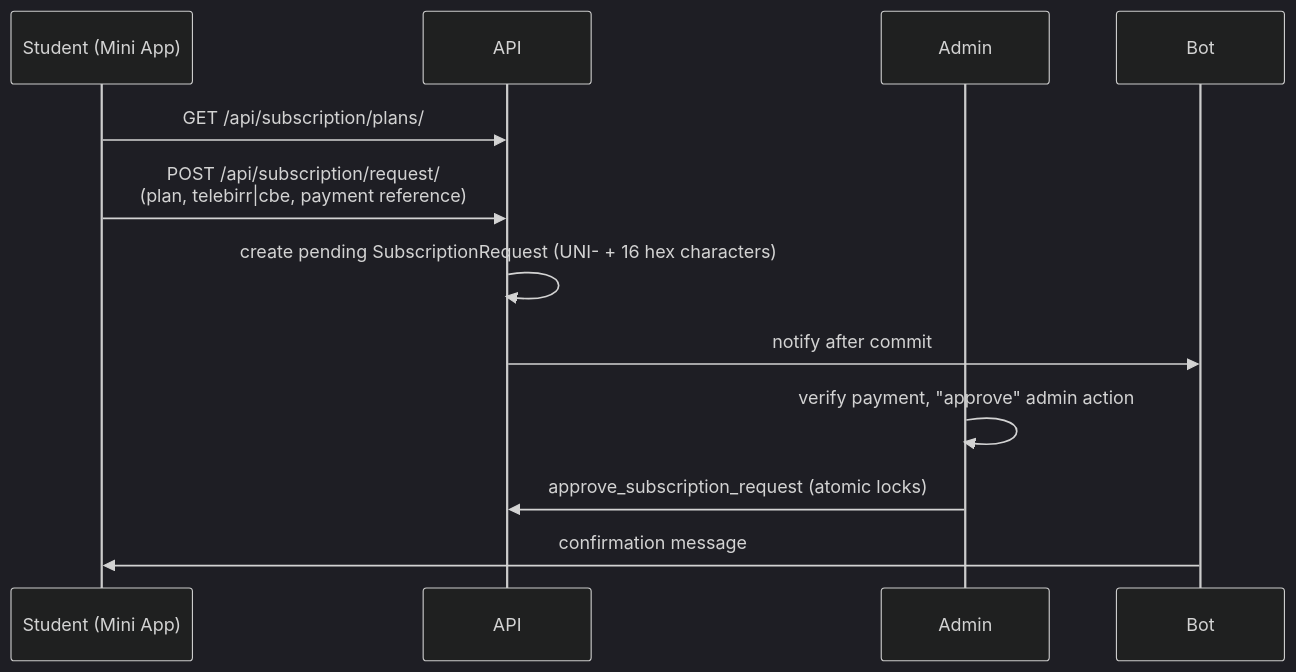
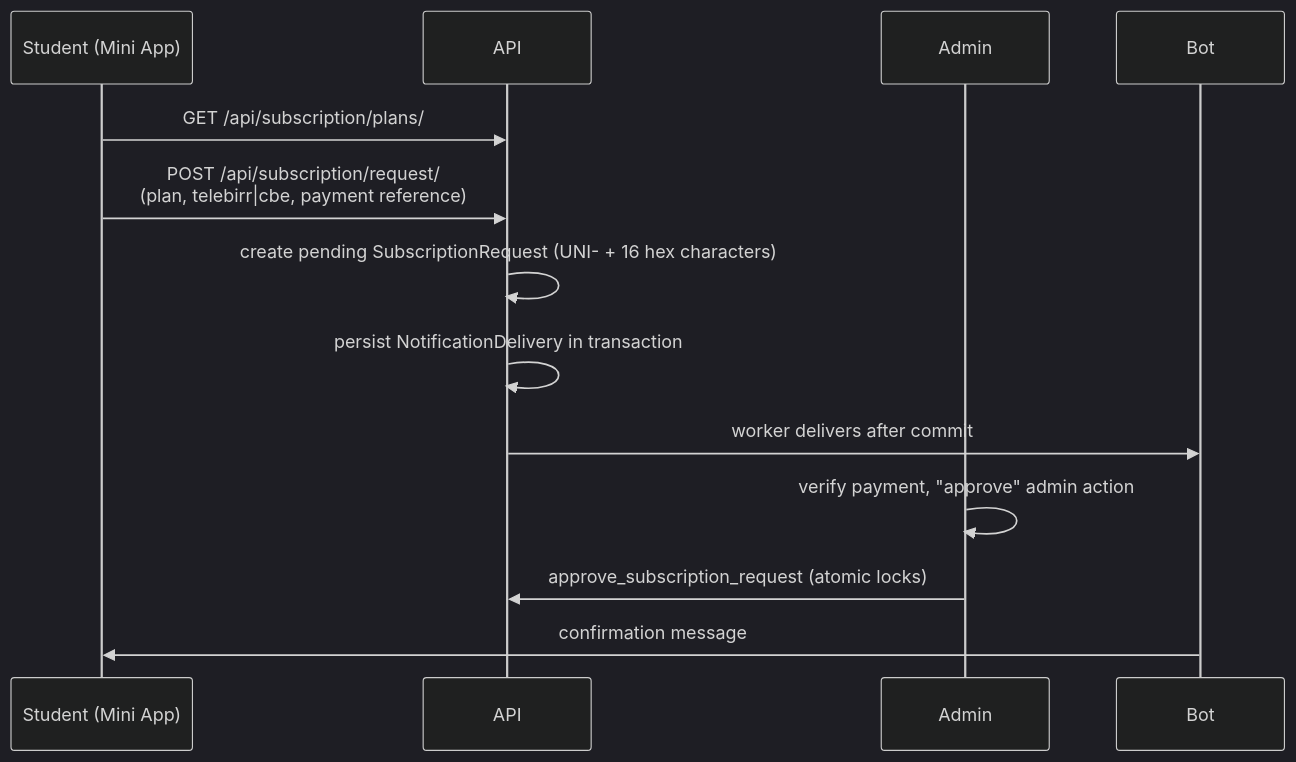
Before and after one commit to yirubal/uniportal-backend: the fifth of 5 diagrams in docs/ARCHITECTURE.md, drawn with Mermaid (dark theme). The commit also changed other lines of this file and 51 other files, not shown here.

Commit message:
refactor: transition notification delivery and queue management to dedicated background worker tasks

````diff
--- a/docs/ARCHITECTURE.md
+++ b/docs/ARCHITECTURE.md
@@ -185,15 +159,16 @@
 ```mermaid
 sequenceDiagram
     participant S as Student (Mini App)
     participant API as API
     participant A as Admin
     participant B as Bot
 
     S->>API: GET /api/subscription/plans/
     S->>API: POST /api/subscription/request/<br/>(plan, telebirr|cbe, payment reference)
     API->>API: create pending SubscriptionRequest (UNI- + 16 hex characters)
-    API->>B: notify after commit
+    API->>API: persist NotificationDelivery in transaction
+    API->>B: worker delivers after commit
     A->>A: verify payment, "approve" admin action
     A->>API: approve_subscription_request (atomic locks)
     B->>S: confirmation message
 ```
````
